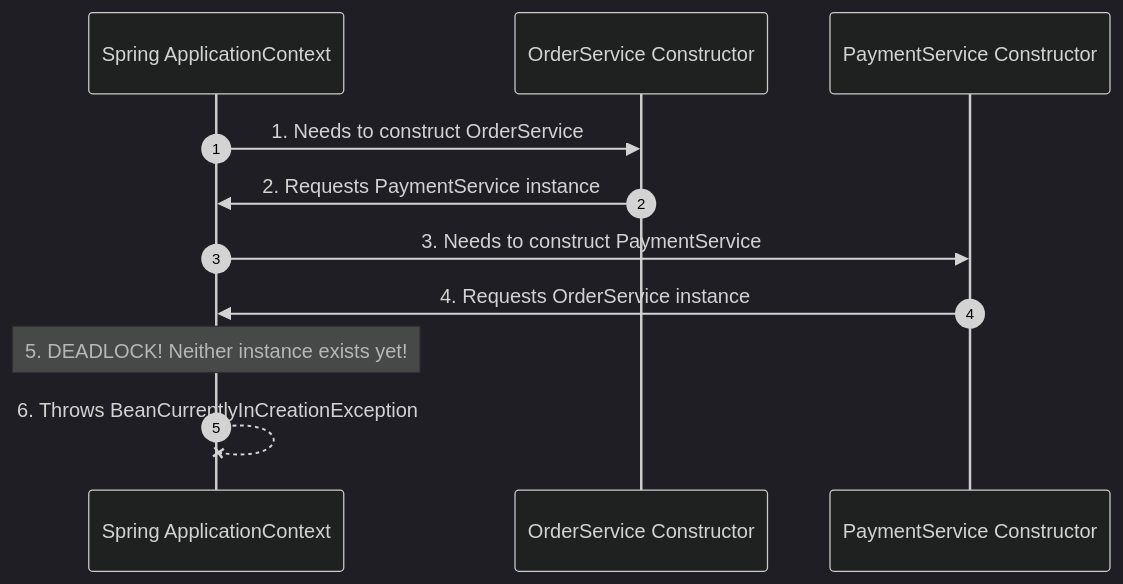
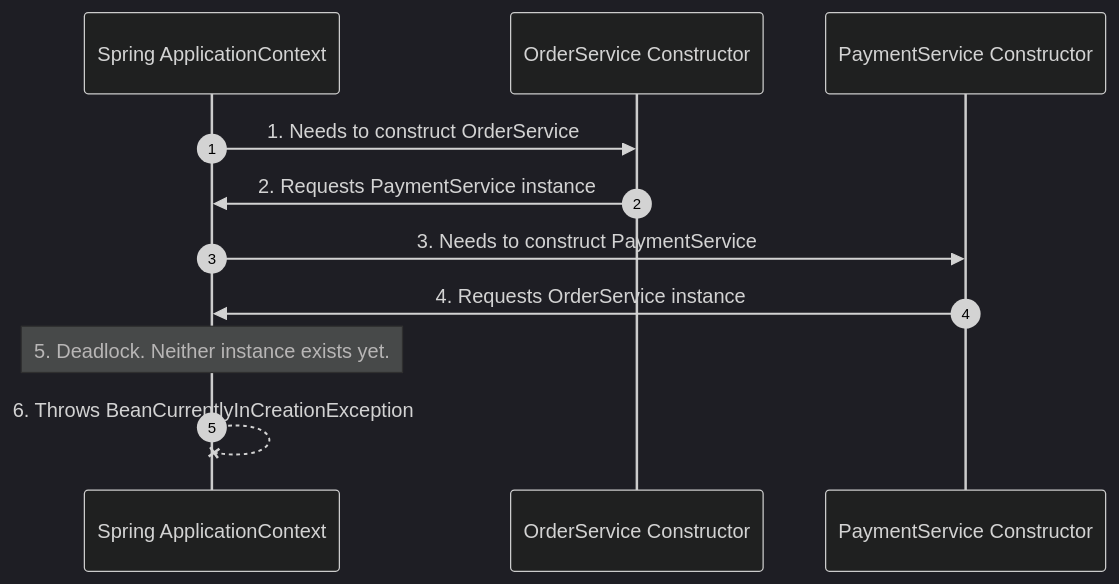
One commit to Rohit1024/spring-boot-mastery changed the first of 3 diagrams in docs/debugging/circular-dependencies.md. Above: the diagram before and after it, drawn with Mermaid (dark theme). The commit also changed other lines of this file and 117 other files, not shown here.

````diff
--- a/docs/debugging/circular-dependencies.md
+++ b/docs/debugging/circular-dependencies.md
@@ -36,14 +36,14 @@
 ``` mermaid
 sequenceDiagram
     autonumber
     participant Ctx as Spring ApplicationContext
     participant O as OrderService Constructor
     participant P as PaymentService Constructor
 
     Ctx->>O: 1. Needs to construct OrderService
     O->>Ctx: 2. Requests PaymentService instance
     Ctx->>P: 3. Needs to construct PaymentService
     P->>Ctx: 4. Requests OrderService instance
-    Note over Ctx: 5. DEADLOCK! Neither instance exists yet!
+    Note over Ctx: 5. Deadlock. Neither instance exists yet.
     Ctx--xCtx: 6. Throws BeanCurrentlyInCreationException
 ```
````
